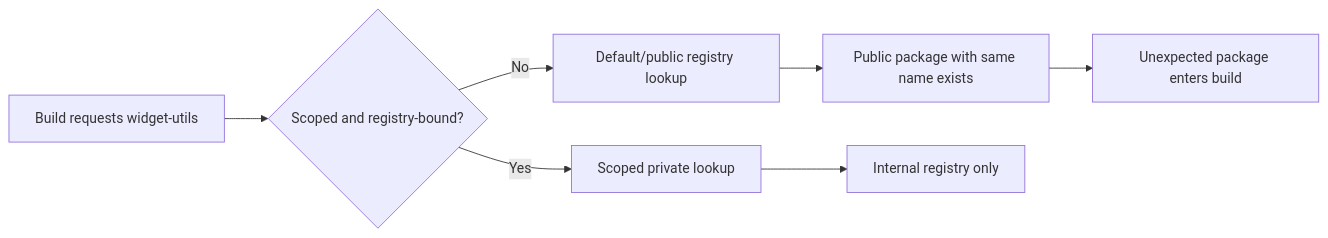
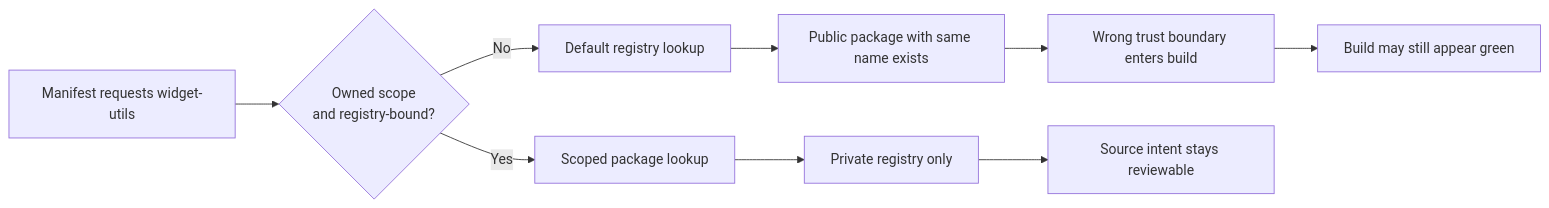
Before and after one commit to bartytime4life/Kansas-Frontier-Matrix: the diagram in docs/security/supply-chain/dependency-confusion/examples/namespace-collision-basic.md, drawn with Mermaid. The commit also changed other lines of this file, not shown here.

````diff
--- a/docs/security/supply-chain/dependency-confusion/examples/namespace-collision-basic.md
+++ b/docs/security/supply-chain/dependency-confusion/examples/namespace-collision-basic.md
@@ -36,9 +40,11 @@
 ```mermaid
 flowchart LR
-    A[Build requests widget-utils] --> B{Scoped and registry-bound?}
-    B -- No --> C[Default/public registry lookup]
+    A[Manifest requests widget-utils] --> B{Owned scope<br/>and registry-bound?}
+    B -- No --> C[Default registry lookup]
     C --> D[Public package with same name exists]
-    D --> E[Unexpected package enters build]
-    B -- Yes --> F[Scoped private lookup]
-    F --> G[Internal registry only]
+    D --> E[Wrong trust boundary enters build]
+    E --> F[Build may still appear green]
+    B -- Yes --> G[Scoped package lookup]
+    G --> H[Private registry only]
+    H --> I[Source intent stays reviewable]
 ```
````
